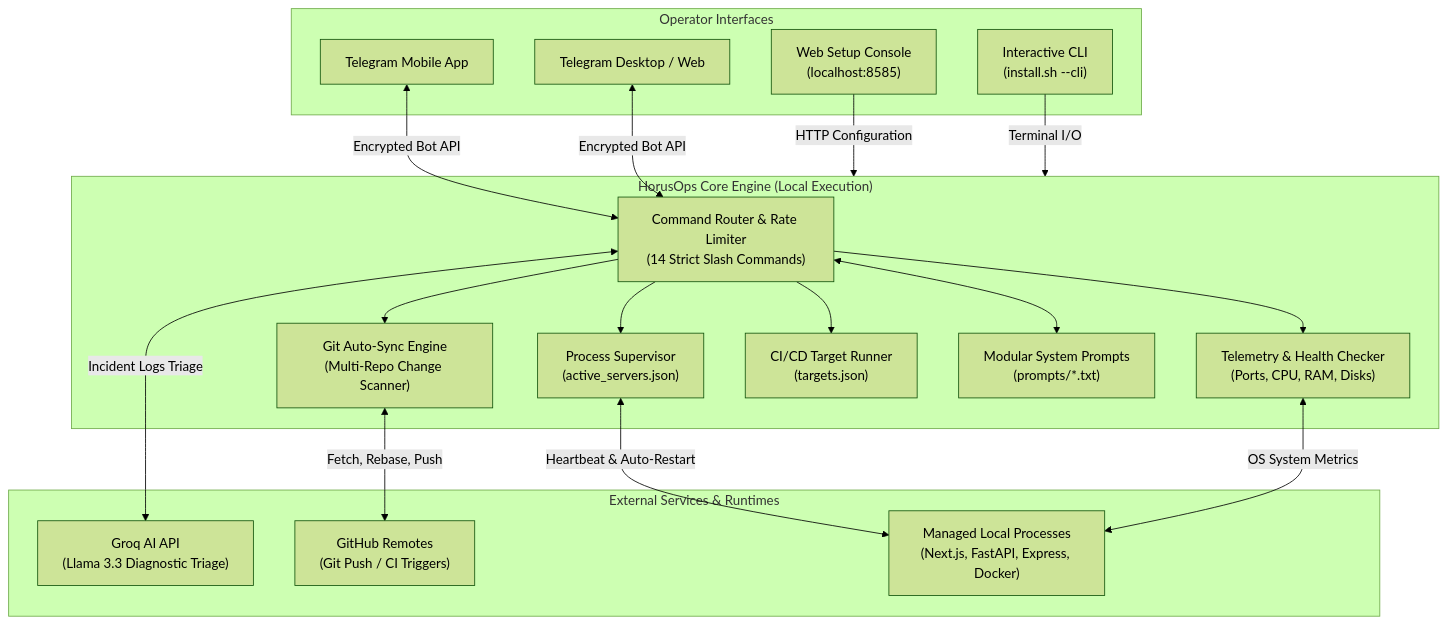
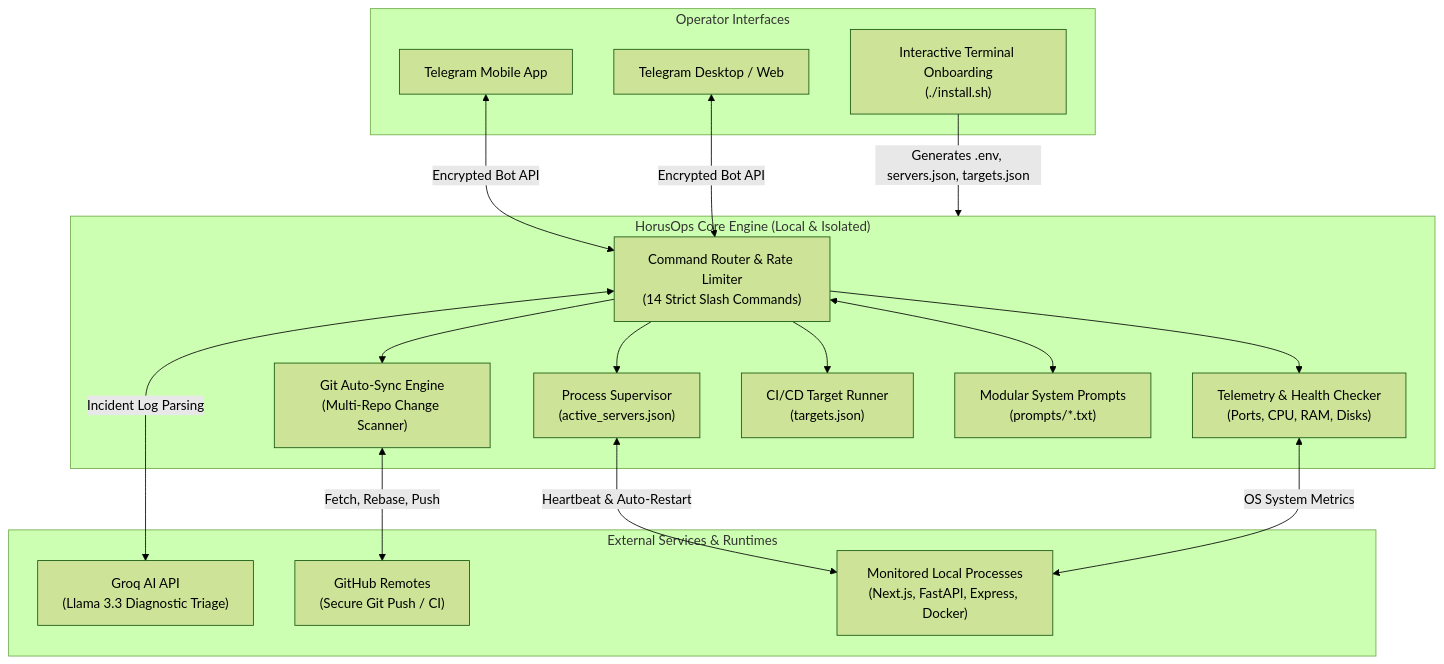
Before and after one commit to ElShaikh1945/HorusOps: the diagram in README.md, drawn with Mermaid (forest theme). The commit also changed other lines of this file and 3 other files, not shown here.

Commit message:
feat(cli): convert setup wizard to 100% terminal native with bilingual Arabic and English support

````diff
--- a/README.md
+++ b/README.md
@@ -36,40 +39,38 @@
 ```mermaid
 flowchart TB
     subgraph Operator["Operator Interfaces"]
         TG_Mobile["Telegram Mobile App"]
         TG_Desktop["Telegram Desktop / Web"]
-        Web_Console["Web Setup Console\n(localhost:8585)"]
-        CLI_Term["Interactive CLI\n(install.sh --cli)"]
+        CLI_Wizard["Interactive Terminal Onboarding\n(./install.sh)"]
     end
 
-    subgraph HorusOps["HorusOps Core Engine (Local Execution)"]
+    subgraph HorusOps["HorusOps Core Engine (Local & Isolated)"]
         Router["Command Router & Rate Limiter\n(14 Strict Slash Commands)"]
         Supervisor["Process Supervisor\n(active_servers.json)"]
         Health["Telemetry & Health Checker\n(Ports, CPU, RAM, Disks)"]
         Sync["Git Auto-Sync Engine\n(Multi-Repo Change Scanner)"]
         CICD["CI/CD Target Runner\n(targets.json)"]
         Prompts["Modular System Prompts\n(prompts/*.txt)"]
     end
 
     subgraph External["External Services & Runtimes"]
         Groq["Groq AI API\n(Llama 3.3 Diagnostic Triage)"]
-        GitHub["GitHub Remotes\n(Git Push / CI Triggers)"]
-        DevServers["Managed Local Processes\n(Next.js, FastAPI, Express, Docker)"]
+        GitHub["GitHub Remotes\n(Secure Git Push / CI)"]
+        DevServers["Monitored Local Processes\n(Next.js, FastAPI, Express, Docker)"]
     end
 
     TG_Mobile <-->|Encrypted Bot API| Router
     TG_Desktop <-->|Encrypted Bot API| Router
-    Web_Console -->|HTTP Configuration| HorusOps
-    CLI_Term -->|Terminal I/O| HorusOps
+    CLI_Wizard -->|Generates .env, servers.json, targets.json| HorusOps
 
     Router --> Supervisor
     Router --> Health
     Router --> Sync
     Router --> CICD
     Router <--> Prompts
 
     Supervisor <-->|Heartbeat & Auto-Restart| DevServers
     Health <-->|OS System Metrics| DevServers
     Sync <-->|Fetch, Rebase, Push| GitHub
-    Router <-->|Incident Logs Triage| Groq
+    Router <-->|Incident Log Parsing| Groq
 ```
````
